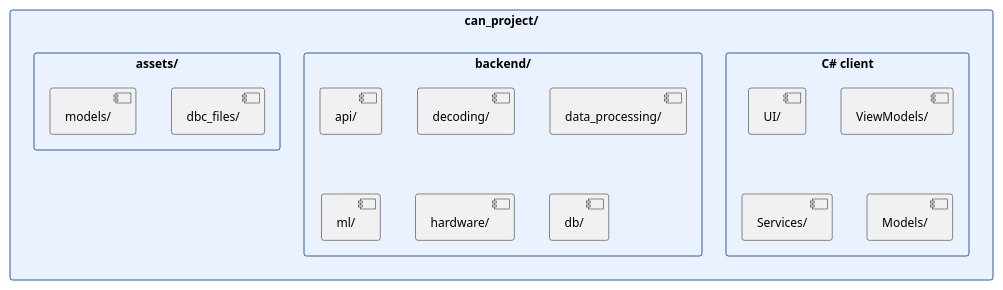
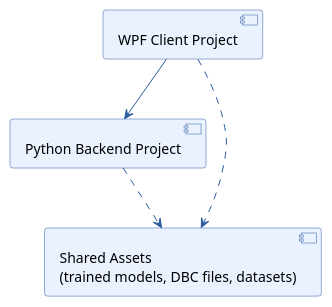
The diagram in thesis/diagrams/repo_structure.puml (mootazkraiem/DiagTool), drawn with PlantUML before and after one commit. The commit also changed 24 other files, not shown here.

```diff
--- a/thesis/diagrams/repo_structure.puml
+++ b/thesis/diagrams/repo_structure.puml
@@ -1,32 +1,20 @@
 @startuml
 skinparam backgroundColor white
 skinparam defaultFontName Helvetica
-skinparam defaultFontSize 12
+skinparam defaultFontSize 14
 skinparam shadowing false
-skinparam packageStyle rectangle
-skinparam package {
+skinparam roundcorner 6
+skinparam component {
   BackgroundColor #EAF2FF
   BorderColor #2C5AA0
+  ArrowColor #2C5AA0
 }
 
-package "can_project/" {
-  package "C# client" {
-    [UI/]
-    [ViewModels/]
-    [Services/]
-    [Models/]
-  }
-  package "backend/" {
-    [api/]
-    [decoding/]
-    [data_processing/]
-    [ml/]
-    [hardware/]
-    [db/]
-  }
-  package "assets/" {
-    [dbc_files/]
-    [models/]
-  }
-}
+component "WPF Client Project" as Client
+component "Python Backend Project" as Backend
+component "Shared Assets\n(trained models, DBC files, datasets)" as Assets
+
+Client --> Backend
+Client ..> Assets
+Backend ..> Assets
 @enduml
```
